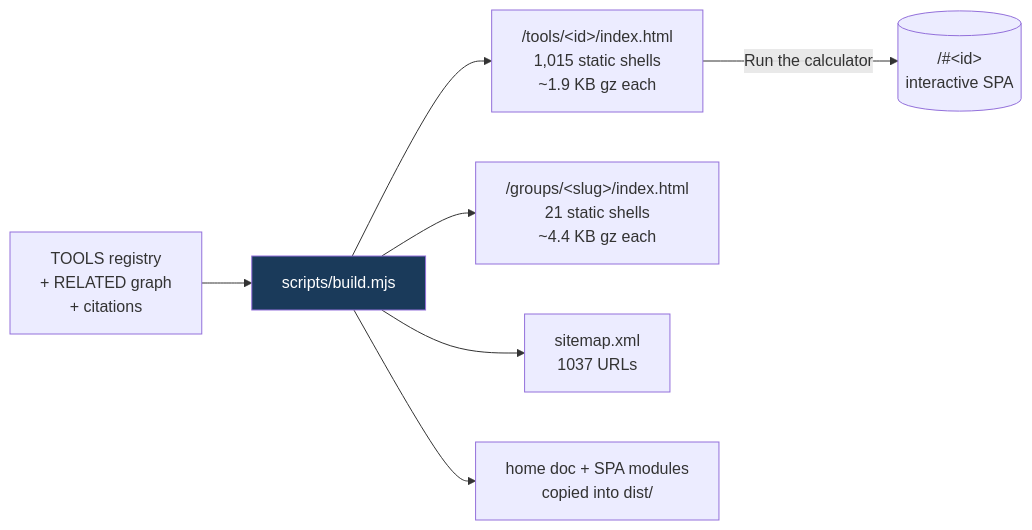
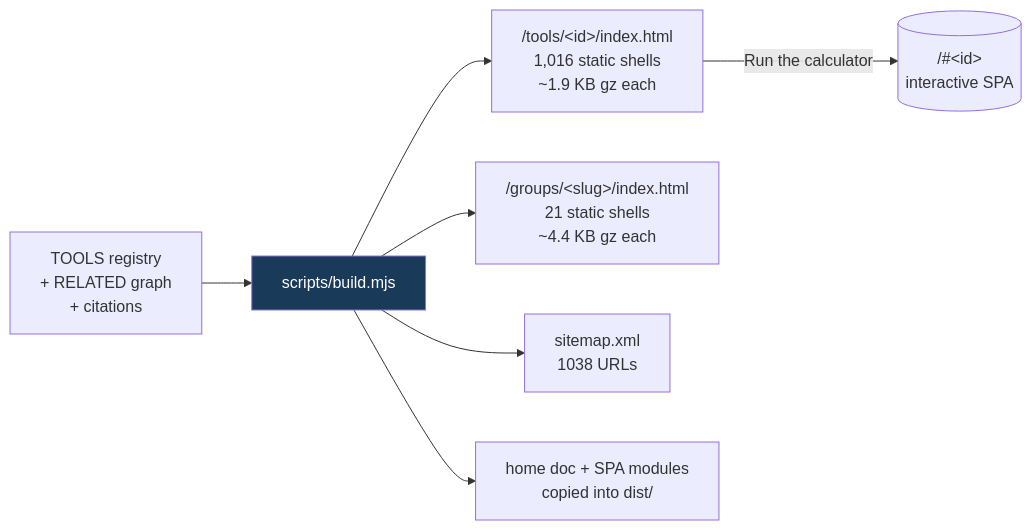
The fifth of 8 diagrams in README.md (clay-good/roughlogic.com), drawn with Mermaid before and after one commit. The commit also changed other lines of this file and 12 other files, not shown here.

````diff
--- a/README.md
+++ b/README.md
@@ -495,10 +495,10 @@
 ```mermaid
 flowchart LR
     SRC[TOOLS registry\n+ RELATED graph\n+ citations] --> BUILD[scripts/build.mjs]
-    BUILD --> TILE["/tools/&lt;id&gt;/index.html\n1,015 static shells\n~1.9 KB gz each"]
+    BUILD --> TILE["/tools/&lt;id&gt;/index.html\n1,016 static shells\n~1.9 KB gz each"]
     BUILD --> GROUP["/groups/&lt;slug&gt;/index.html\n21 static shells\n~4.4 KB gz each"]
-    BUILD --> MAP["sitemap.xml\n1037 URLs"]
+    BUILD --> MAP["sitemap.xml\n1038 URLs"]
     BUILD --> COPY[home doc + SPA modules\ncopied into dist/]
     TILE -->|Run the calculator| SPA[("/#&lt;id&gt;\ninteractive SPA")]
     style BUILD fill:#1a3a5a,color:#fff
 ```
````
